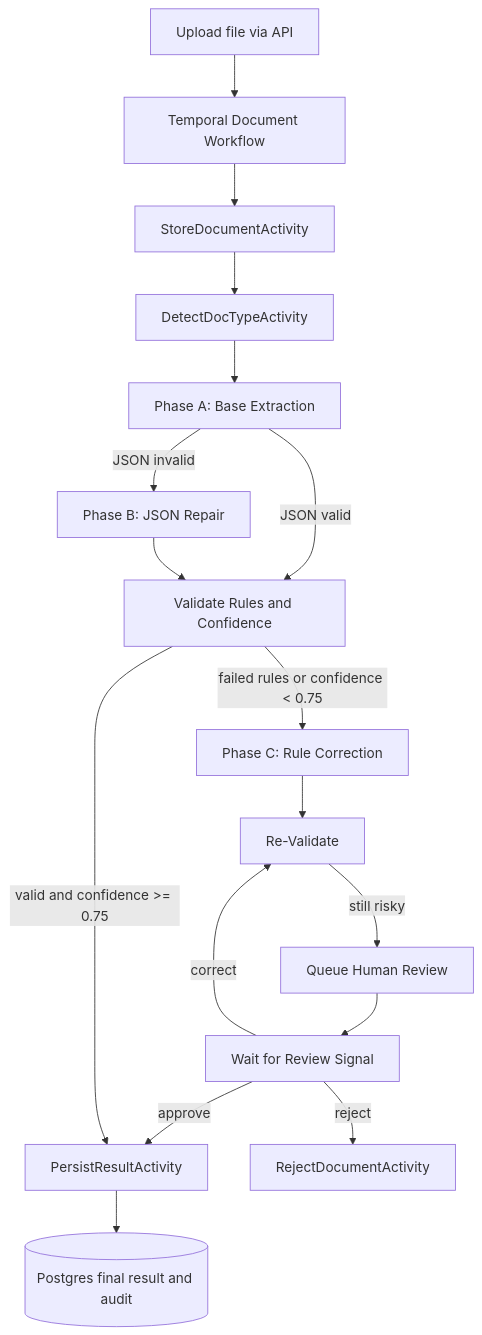
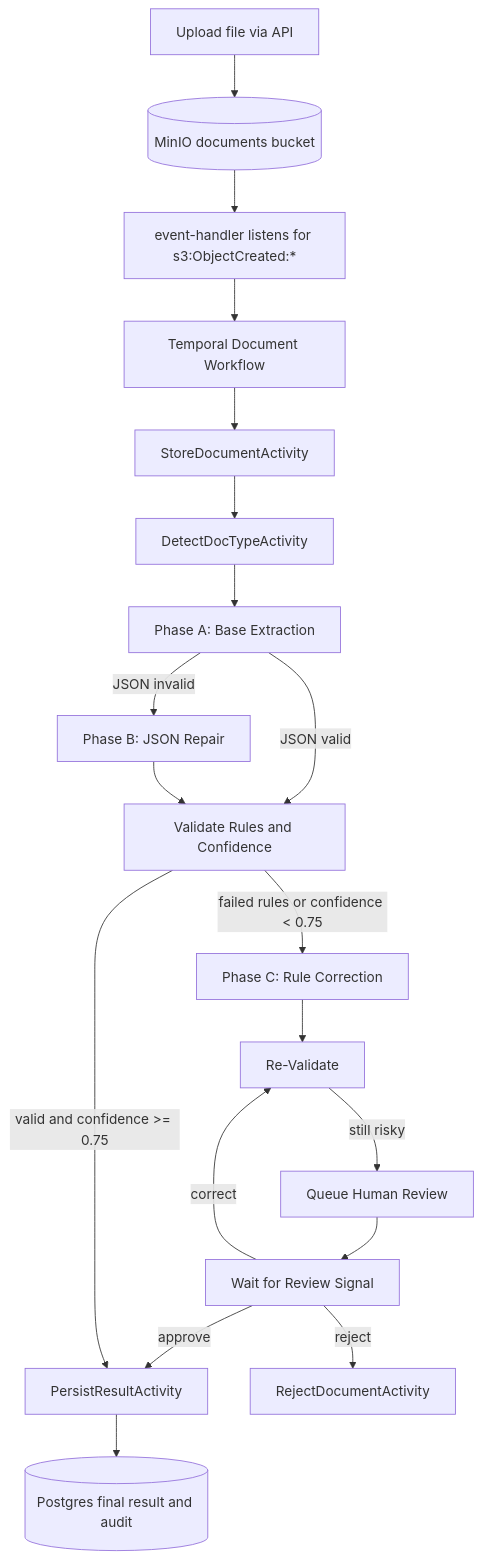
The diagram in docs/pages/storytelling-flow.mdx (anoopsimon/temporal-llm-orchestrator), drawn with Mermaid before and after one commit. The commit also changed other lines of this file and 4 other files, not shown here.

Commit message:
docs: clarify MinIO event-triggered workflow flow

````diff
--- a/docs/pages/storytelling-flow.mdx
+++ b/docs/pages/storytelling-flow.mdx
@@ -30,19 +33,21 @@
 ```mermaid
 flowchart TD
-  U[Upload file via API] --> W[Temporal Document Workflow]
+  U[Upload file via API] --> M[(MinIO documents bucket)]
+  M --> E[event-handler listens for s3:ObjectCreated:*]
+  E --> W[Temporal Document Workflow]
   W --> S[StoreDocumentActivity]
   S --> D[DetectDocTypeActivity]
   D --> A[Phase A: Base Extraction]
   A -->|JSON invalid| B[Phase B: JSON Repair]
   A -->|JSON valid| V[Validate Rules and Confidence]
   B --> V
   V -->|failed rules or confidence < 0.75| C[Phase C: Rule Correction]
   C --> RV[Re-Validate]
   RV -->|still risky| RQ[Queue Human Review]
   RQ --> SG[Wait for Review Signal]
   SG -->|approve| P[PersistResultActivity]
   SG -->|reject| X[RejectDocumentActivity]
   SG -->|correct| RV
   V -->|valid and confidence >= 0.75| P
   P --> DB[(Postgres final result and audit)]
 ```
````
